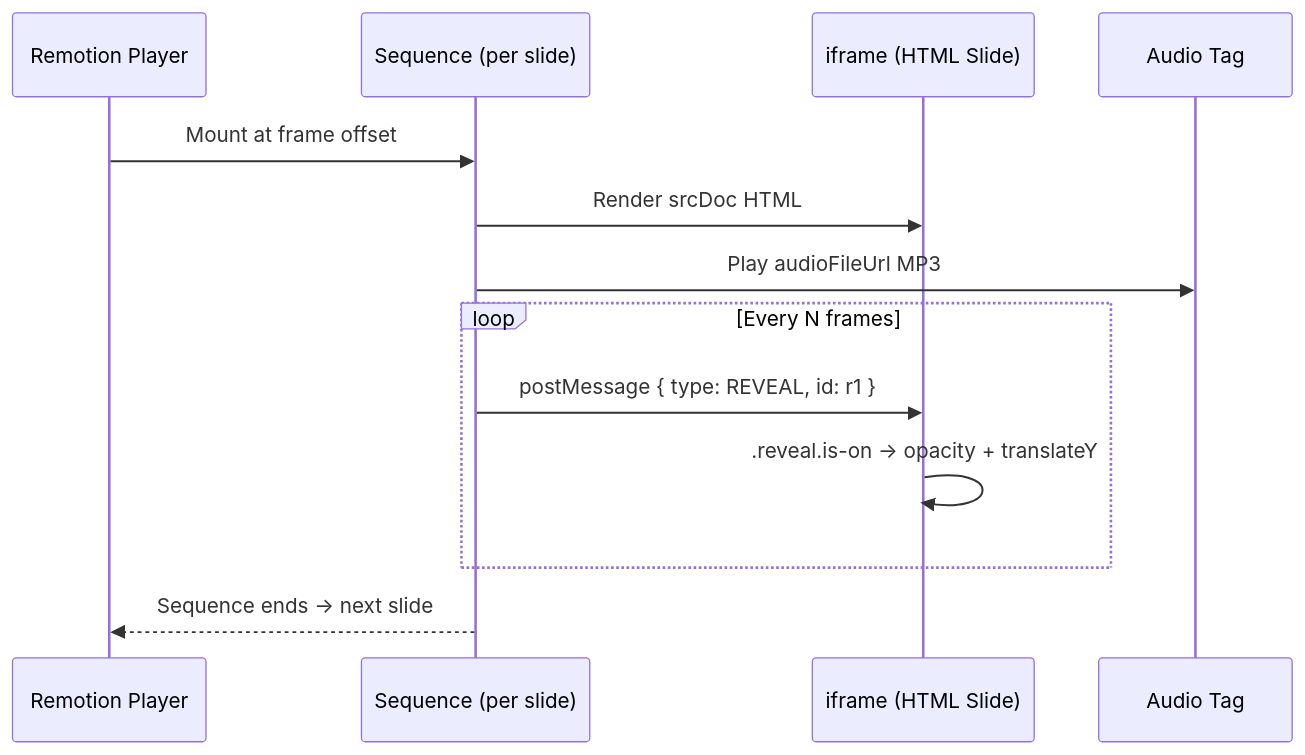
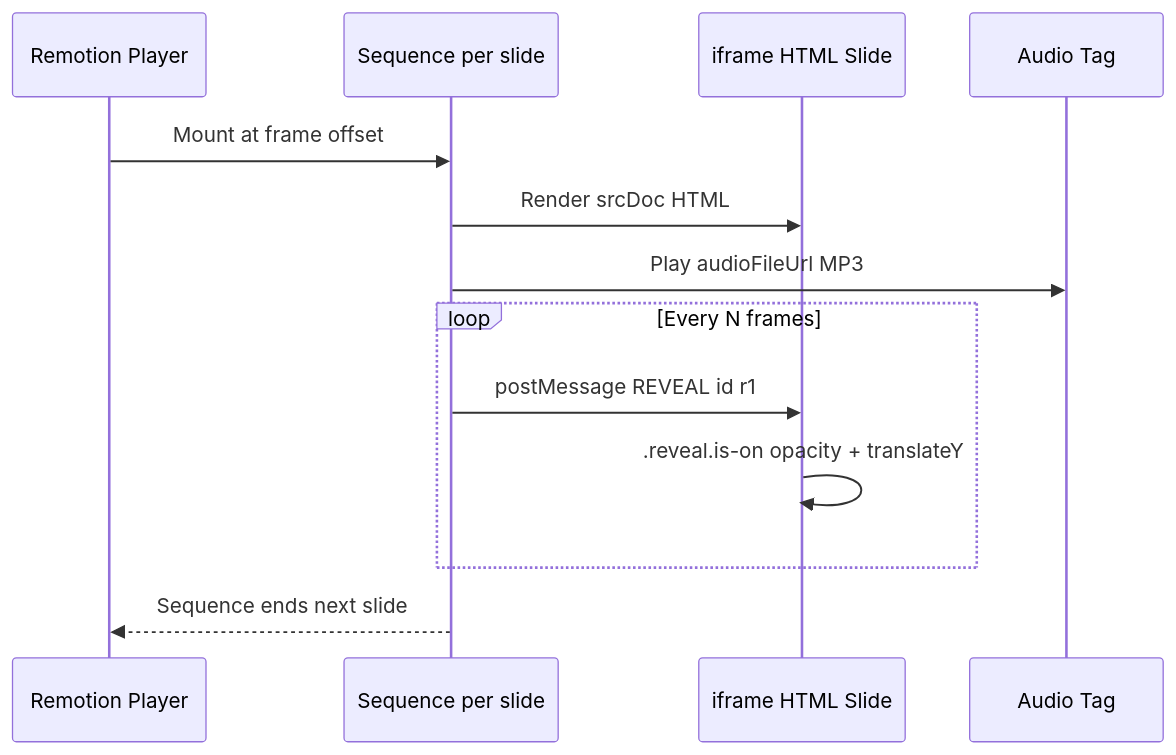
One commit to sahutushar/ai-video-course-generator changed the fourth of 5 diagrams in README.md. Above: the diagram before and after it, drawn with Mermaid. The commit also changed other lines of this file, not shown here.

Commit message:
fix: fix all Mermaid diagram parse errors on GitHub

````diff
--- a/README.md
+++ b/README.md
@@ -282,16 +278,16 @@
 ```mermaid
 sequenceDiagram
     participant R as Remotion Player
-    participant S as Sequence (per slide)
-    participant I as iframe (HTML Slide)
+    participant S as Sequence per slide
+    participant I as iframe HTML Slide
     participant A as Audio Tag
 
     R->>S: Mount at frame offset
     S->>I: Render srcDoc HTML
     S->>A: Play audioFileUrl MP3
     loop Every N frames
-        S->>I: postMessage { type: REVEAL, id: r1 }
-        I->>I: .reveal.is-on → opacity + translateY
+        S->>I: postMessage REVEAL id r1
+        I->>I: .reveal.is-on opacity + translateY
     end
-    S-->>R: Sequence ends → next slide
+    S-->>R: Sequence ends next slide
 ```
````
